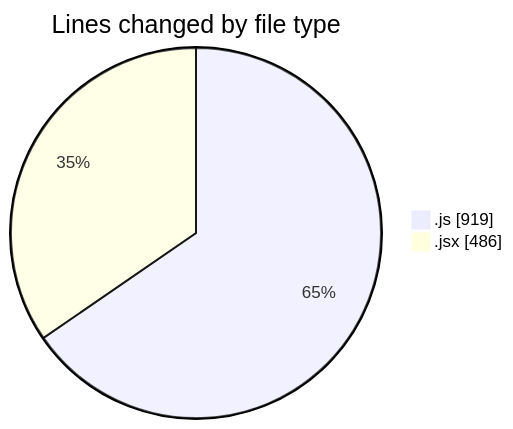
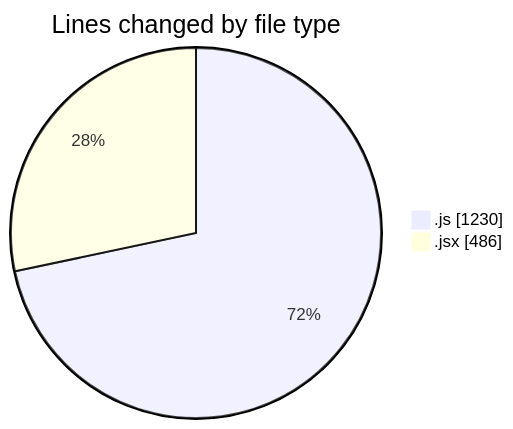
Before and after one commit to nxtqubesakshisongat/code-tracking: the first of 2 diagrams in 2025-07-27/nxtqube_webapp/README.md, drawn with Mermaid. The commit also changed other lines of this file and 1 other file, not shown here.

````diff
--- a/2025-07-27/nxtqube_webapp/README.md
+++ b/2025-07-27/nxtqube_webapp/README.md
@@ -23,6 +23,6 @@
 ```mermaid
 pie showData
 title Lines changed by file type
-".js" : 919
+".js" : 1230
 ".jsx" : 486
 ```
````
